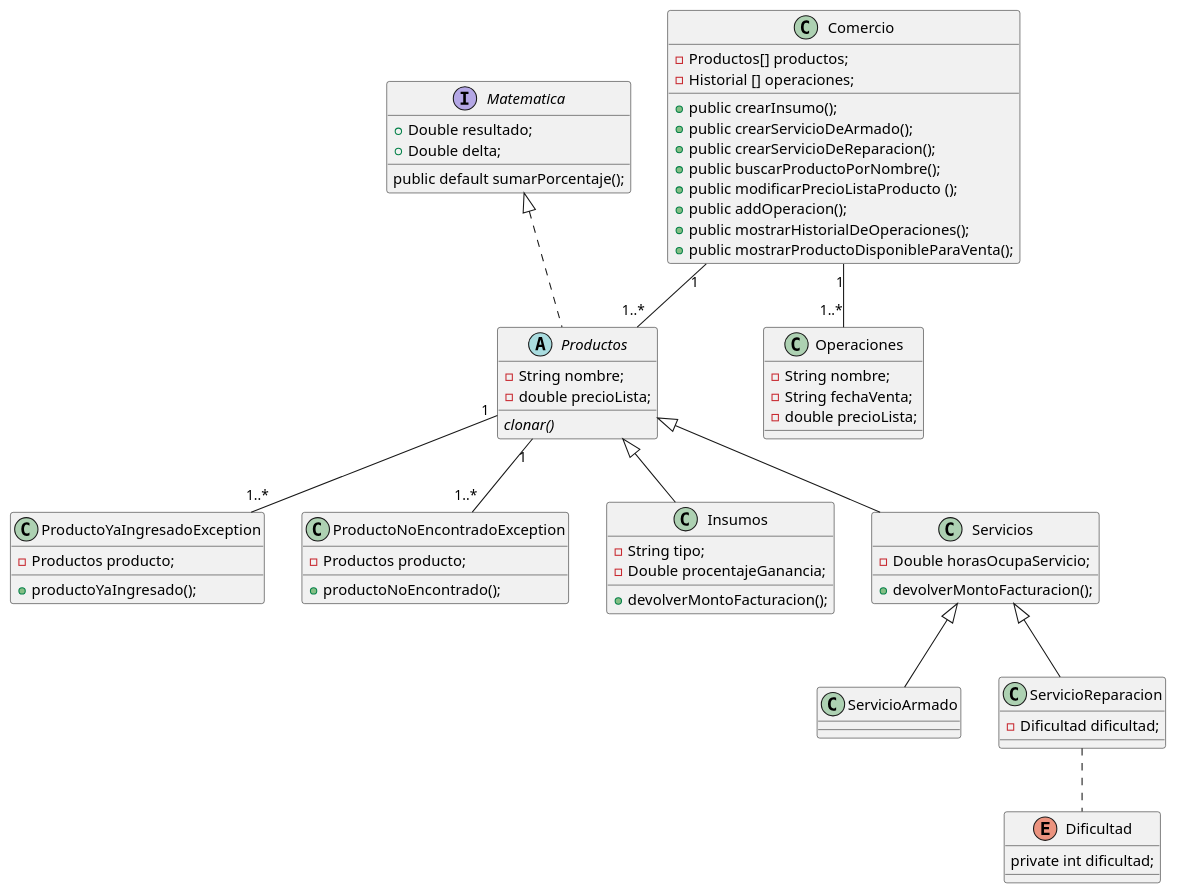
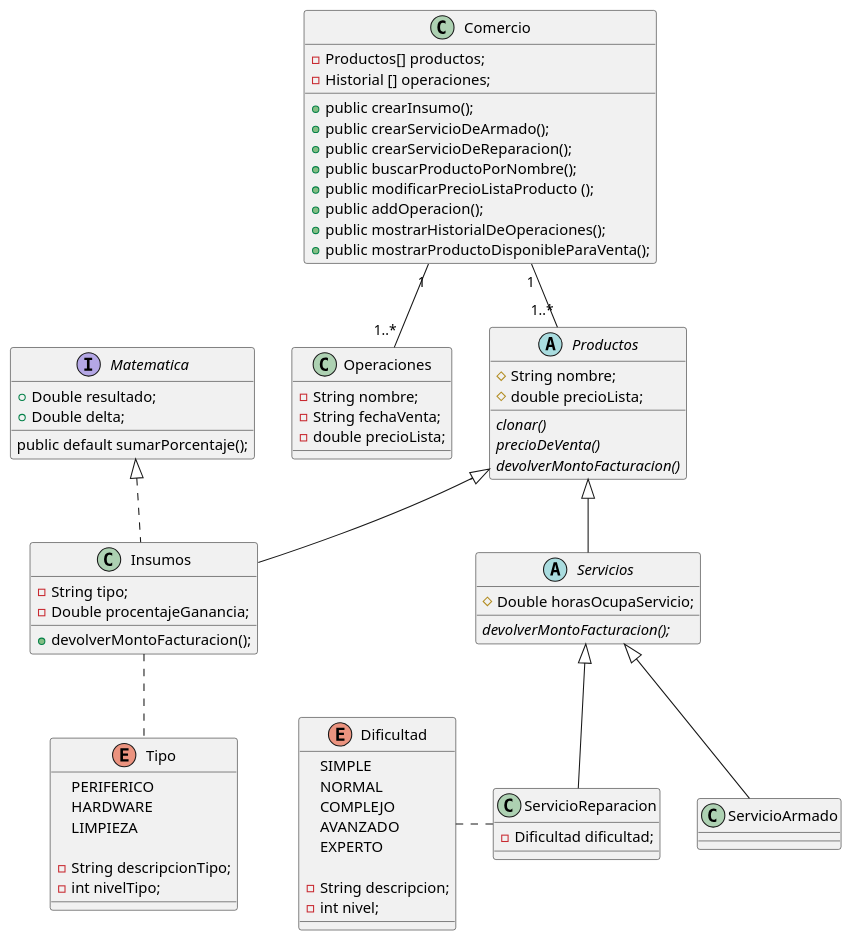
Before and after one commit to h-kANAME/dv-pav-comercio-informatico-lopez-luis: the diagram in src/doc/modelado.puml, drawn with PlantUML. The commit also changed 13 other files, not shown here.

```diff
--- a/src/doc/modelado.puml
+++ b/src/doc/modelado.puml
@@ -1,110 +1,110 @@
 @startuml
 
 class Comercio {
 	
 	- Productos[] productos;
 	- Historial [] operaciones;
 	
 	+ public crearInsumo();
 	+ public crearServicioDeArmado();
 	+ public crearServicioDeReparacion();
 	+ public buscarProductoPorNombre();
 	+ public modificarPrecioListaProducto ();	
 	+ public addOperacion();
 	+ public mostrarHistorialDeOperaciones();
 	+ public mostrarProductoDisponibleParaVenta();
 	
  
 }
 
 
-abstract class Productos implements Matematica{
+abstract class Productos{
 
-	- String nombre;
-	- double precioLista;
+	# String nombre;
+	# double precioLista;
 	
 	{abstract} clonar()
+	{abstract} precioDeVenta()
+	{abstract} devolverMontoFacturacion()
 
 }
-
-
-class ProductoYaIngresadoException{
-	- Productos producto;
-	
-	+ productoYaIngresado();
-}
-
-
-class ProductoNoEncontradoException{
-	- Productos producto;
-		
-	+ productoNoEncontrado();
-}
-
 
 class Operaciones{
  	
  	- String nombre;
  	- String fechaVenta;
  	- double precioLista;
  	
 }
 
 
-class Insumos{
+class Insumos implements Matematica{
 
 	- String tipo;
 	- Double procentajeGanancia;
 	
 	+ devolverMontoFacturacion();
 
 }
 
-class Servicios{
+abstract class Servicios{
 	
-	- Double horasOcupaServicio;
+	# Double horasOcupaServicio;
 	
-	+ devolverMontoFacturacion();
+	{abstract} devolverMontoFacturacion();
 
 
 }
 
 class ServicioArmado{
-
-
 
 }
 
 class ServicioReparacion{
 	
 	- Dificultad dificultad;
 	
 }
 
 enum Dificultad{
-	private int dificultad;
+
+	SIMPLE
+	NORMAL
+	COMPLEJO
+	AVANZADO
+	EXPERTO
+	
+	- String descripcion;
+	- int nivel;
 }
 
-ServicioReparacion ..down Dificultad
+enum Tipo{
+
+	PERIFERICO
+	HARDWARE
+	LIMPIEZA
+	
+	- String descripcionTipo;
+	- int nivelTipo;
+}
+
+ServicioReparacion ..left Dificultad
+Insumos ..down Tipo
 
 interface Matematica{
 	
 	+ Double resultado;
 	+ Double delta;
 
 	public default sumarPorcentaje();
 }
 
-
+Comercio "1" -- "1..*" Productos
 Comercio "1" -- "1..*" Operaciones
-Comercio "1" -- "1..*" Productos
-Productos "1" -- "1..*" ProductoYaIngresadoException
-Productos "1" -- "1..*" ProductoNoEncontradoException
-
 
 Productos <|-- Insumos
 Productos <|-- Servicios
 Servicios <|-- ServicioArmado
 Servicios <|-- ServicioReparacion
 
 @enduml
```
